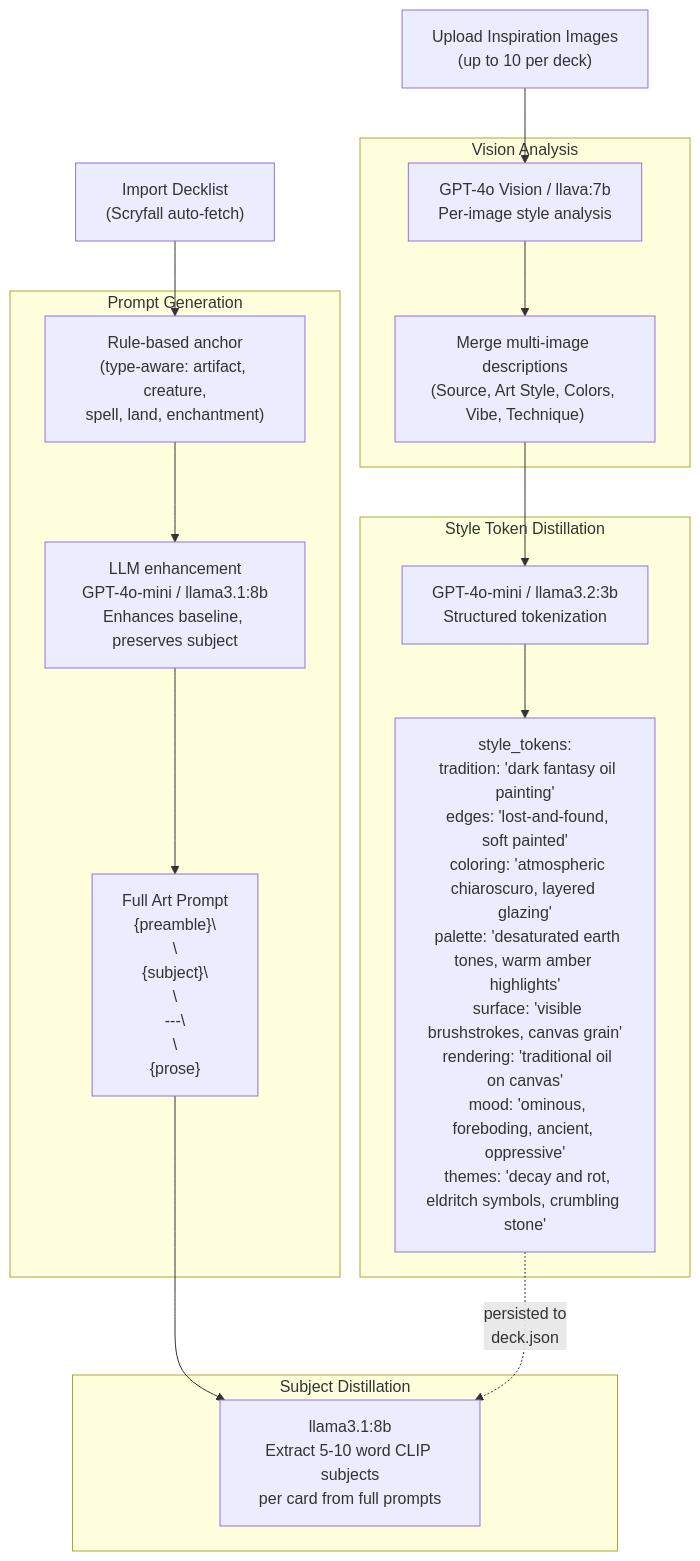
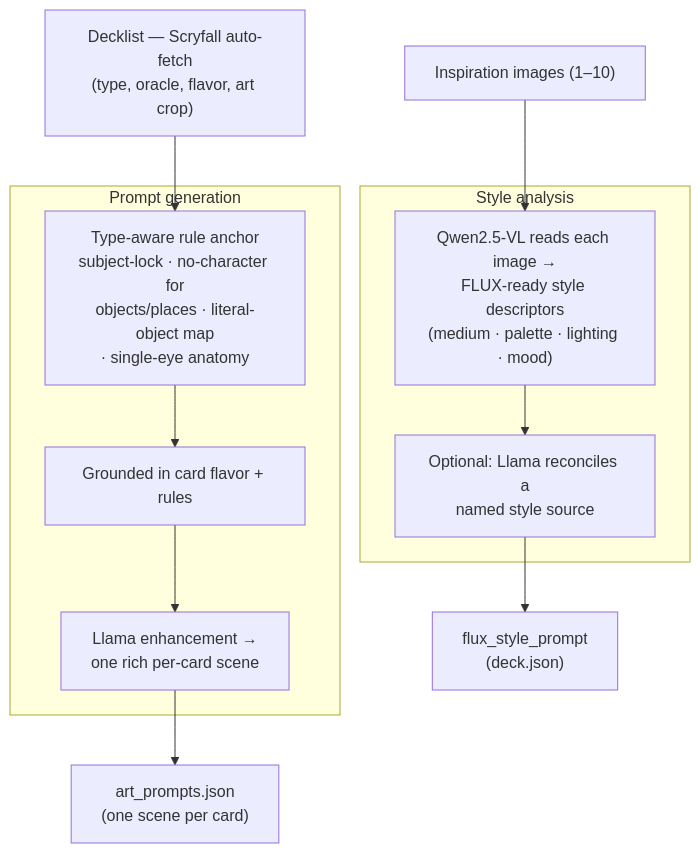
Before and after one commit to drew-valentine/deck-art-studio: the second of 4 diagrams in README.md, drawn with Mermaid. The commit also changed other lines of this file and 16 other files, not shown here.

````diff
--- a/README.md
+++ b/README.md
@@ -143,35 +156,19 @@
 ```mermaid
 flowchart TD
-    INSP["Upload Inspiration Images\n(up to 10 per deck)"]
-    CARD["Import Decklist\n(Scryfall auto-fetch)"]
+    INSP["Inspiration images (1–10)"]
+    CARD["Decklist — Scryfall auto-fetch\n(type, oracle, flavor, art crop)"]
 
-    subgraph VISION["Vision Analysis"]
-        VA["GPT-4o Vision / llava:7b\nPer-image style analysis"]
-        MERGE["Merge multi-image descriptions\n(Source, Art Style, Colors, Vibe, Technique)"]
+    subgraph VIS["Style analysis"]
+        VLM["Qwen2.5-VL reads each image →\nFLUX-ready style descriptors\n(medium · palette · lighting · mood)"]
+        RECON["Optional: Llama reconciles a\nnamed style source"]
     end
 
-    subgraph DISTILL["Style Token Distillation"]
-        LLM_DISTILL["GPT-4o-mini / llama3.2:3b\nStructured tokenization"]
-        TOKENS["style_tokens:\n  tradition: 'dark fantasy oil painting'\n  edges: 'lost-and-found, soft painted'\n  coloring: 'atmospheric chiaroscuro, layered glazing'\n  palette: 'desaturated earth tones, warm amber highlights'\n  surface: 'visible brushstrokes, canvas grain'\n  rendering: 'traditional oil on canvas'\n  mood: 'ominous, foreboding, ancient, oppressive'\n  themes: 'decay and rot, eldritch symbols, crumbling stone'"]
+    subgraph PR["Prompt generation"]
+        ANCHOR["Type-aware rule anchor\nsubject-lock · no-character for\nobjects/places · literal-object map\n· single-eye anatomy"]
+        GROUND["Grounded in card flavor + rules"]
+        LLMP["Llama enhancement →\none rich per-card scene"]
     end
 
-    subgraph PROMPTS["Prompt Generation"]
-        RULE["Rule-based anchor\n(type-aware: artifact, creature,\nspell, land, enchantment)"]
-        AI["LLM enhancement\nGPT-4o-mini / llama3.1:8b\nEnhances baseline, preserves subject"]
-        FULL["Full Art Prompt\n{preamble}\\n\\n{subject}\\n\\n---\\n\\n{prose}"]
-    end
-
-    subgraph SUBJECTS["Subject Distillation"]
-        DISTILL_SUBJ["llama3.1:8b\nExtract 5-10 word CLIP subjects\nper card from full prompts"]
-    end
-
-    INSP --> VA
-    VA --> MERGE
-    MERGE --> LLM_DISTILL
-    LLM_DISTILL --> TOKENS
-    CARD --> RULE
-    RULE --> AI
-    AI --> FULL
-    FULL --> DISTILL_SUBJ
-    TOKENS -.->|"persisted to\ndeck.json"| DISTILL_SUBJ
+    INSP --> VLM --> RECON --> FSP["flux_style_prompt\n(deck.json)"]
+    CARD --> ANCHOR --> GROUND --> LLMP --> AP["art_prompts.json\n(one scene per card)"]
 ```
````
